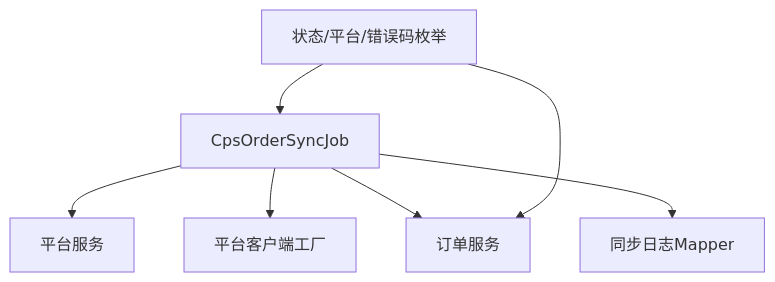
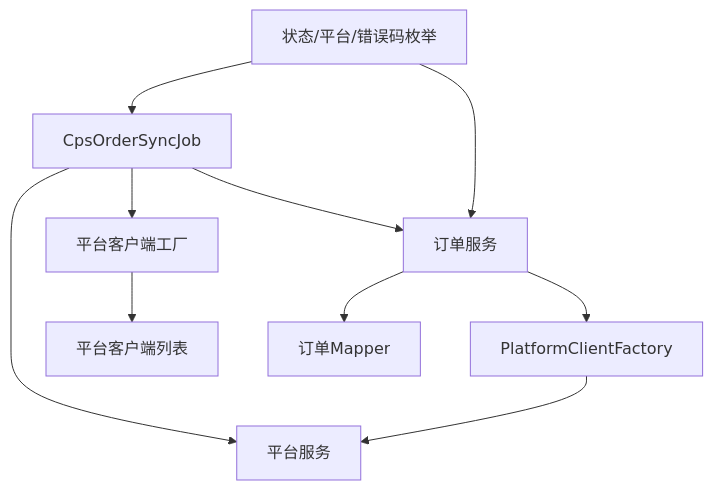
Before and after one commit to zhuangpengLI/AgenticCPS: the sixth of 6 diagrams in .qoder/repowiki/zh/content/后端服务架构/业务模块概览/CPS业务模块/订单管理系统.md, drawn with Mermaid. The commit also changed other lines of this file and 42 other files, not shown here.

````diff
--- a/.qoder/repowiki/zh/content/后端服务架构/业务模块概览/CPS业务模块/订单管理系统.md
+++ b/.qoder/repowiki/zh/content/后端服务架构/业务模块概览/CPS业务模块/订单管理系统.md
@@ -276,9 +326,12 @@
 ```mermaid
 graph TB
 Job["CpsOrderSyncJob"] --> PlatformService["平台服务"]
 Job --> ClientFactory["平台客户端工厂"]
 Job --> OrderService["订单服务"]
-Job --> SyncLogMapper["同步日志Mapper"]
+ClientFactory --> PlatformClients["平台客户端列表"]
+OrderService --> OrderMapper["订单Mapper"]
+OrderService --> PlatformClientFactory
+PlatformClientFactory --> PlatformService
 Enums["状态/平台/错误码枚举"] --> Job
 Enums --> OrderService
 ```
````
